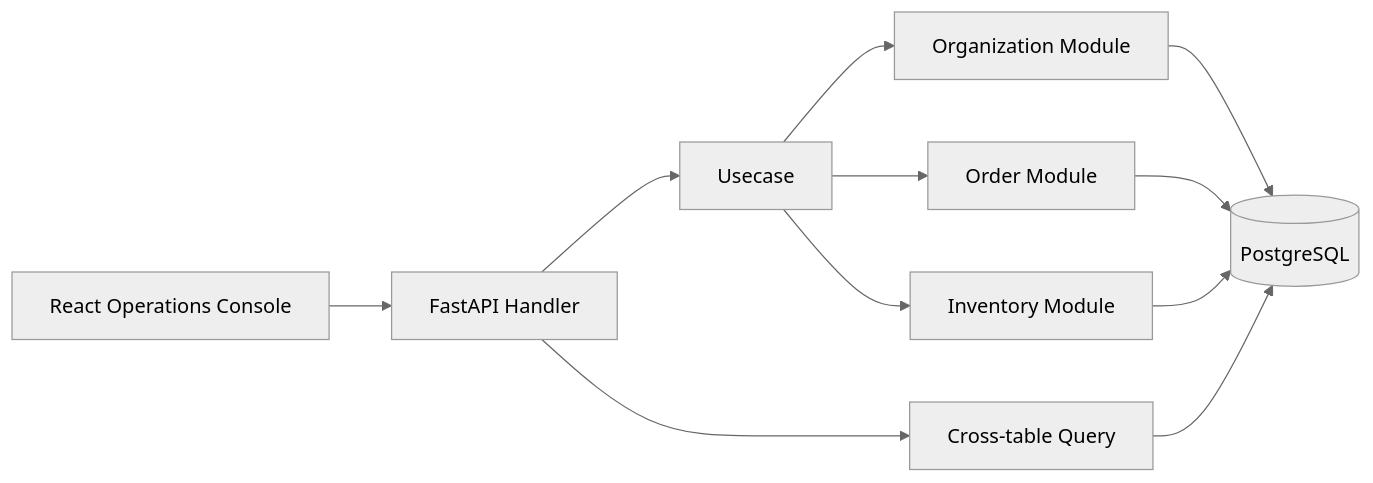
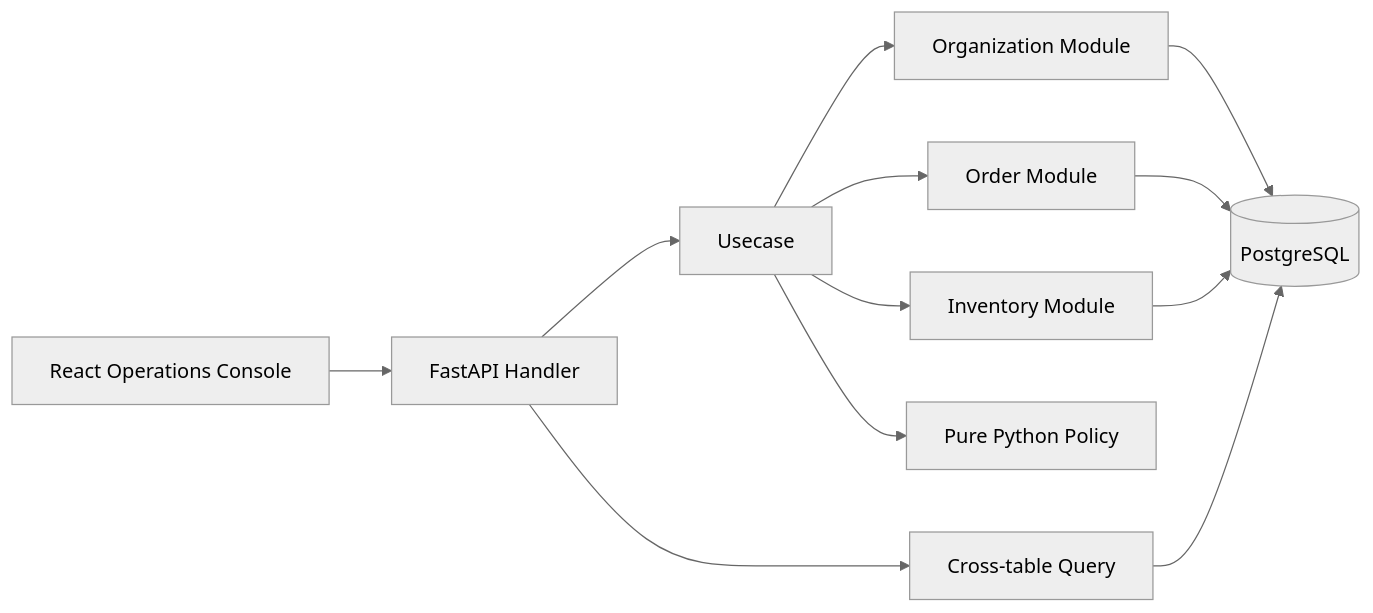
One commit to kodaimura/humq-sample changed the second of 2 diagrams in README.md. Above: the diagram before and after it, drawn with Mermaid (neutral theme). The commit also changed other lines of this file and 1 other file, not shown here.

Commit message:
docs: document expanded HUMQ server architecture

````diff
--- a/README.md
+++ b/README.md
@@ -32,13 +41,14 @@
 ```mermaid
 flowchart LR
     UI["React Operations Console"] --> API["FastAPI Handler"]
     API --> UC["Usecase"]
     UC --> M1["Organization Module"]
     UC --> M2["Order Module"]
     UC --> M3["Inventory Module"]
     API --> Q["Cross-table Query"]
+    UC --> P["Pure Python Policy"]
     M1 --> DB[(PostgreSQL)]
     M2 --> DB
     M3 --> DB
     Q --> DB
 ```
````
